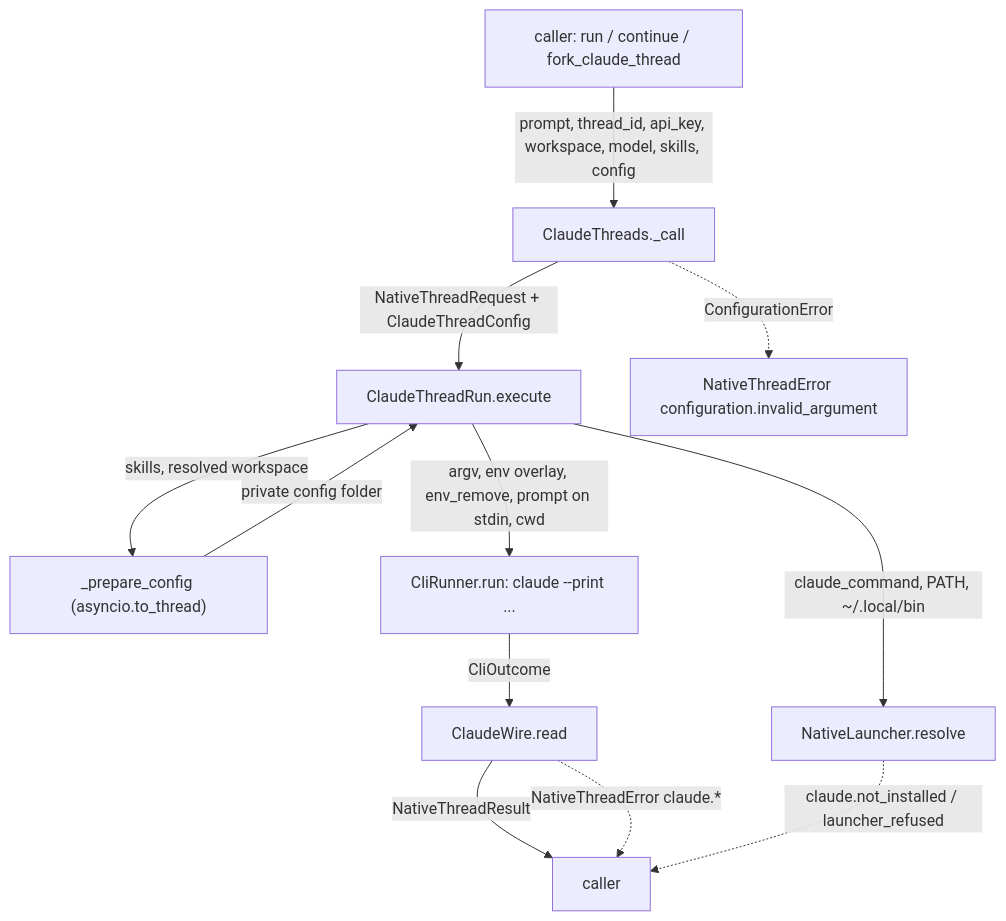
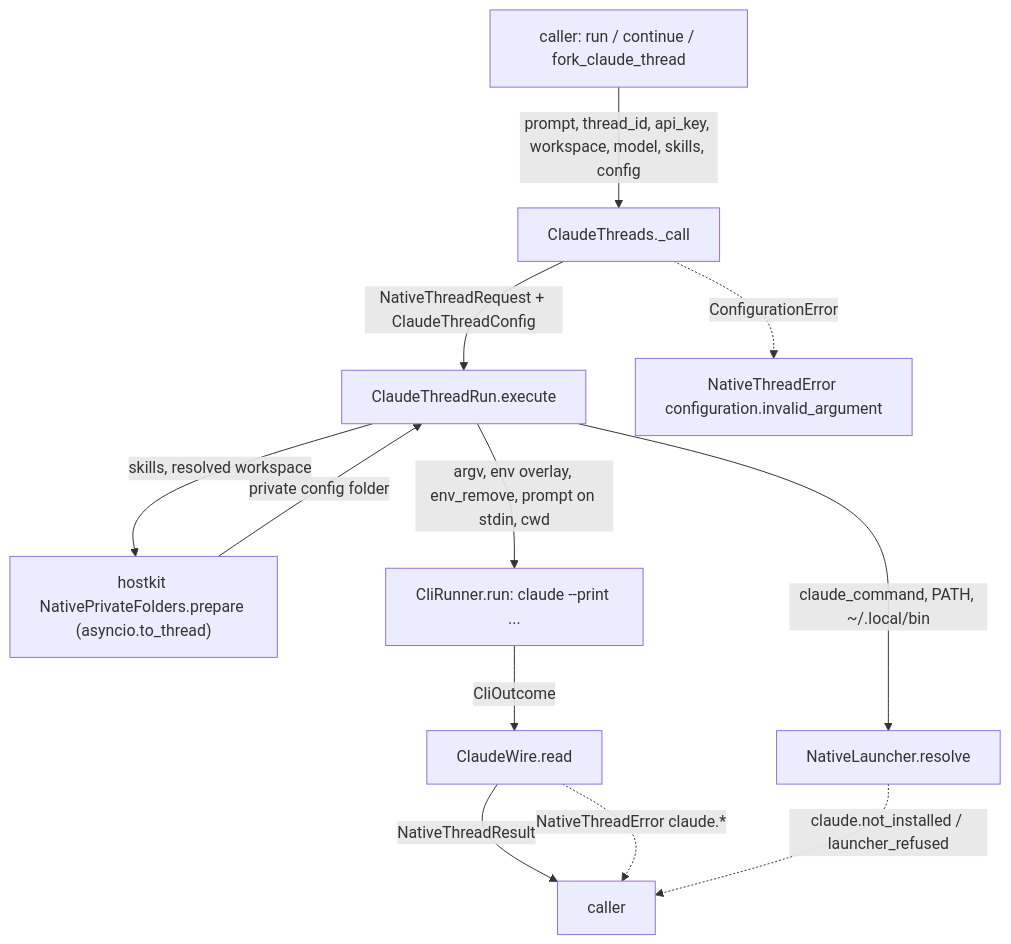
One commit to cerredz/Vidbyte-SDK changed the first of 2 diagrams in docs/spec/claude-thread-functions/spec.md. Above: the diagram before and after it, drawn with Mermaid. The commit also changed other lines of this file, not shown here.

Commit message:
docs(spec): revise claude-thread-functions spec r2 (review round 1: R-1…R-11)

````diff
--- a/docs/spec/claude-thread-functions/spec.md
+++ b/docs/spec/claude-thread-functions/spec.md
@@ -102,14 +103,14 @@
 ```mermaid
 flowchart TD
   A["caller: run / continue / fork_claude_thread"] -->|"prompt, thread_id, api_key, workspace, model, skills, config"| B["ClaudeThreads._call"]
   B -->|"NativeThreadRequest + ClaudeThreadConfig"| C["ClaudeThreadRun.execute"]
   B -.->|"ConfigurationError"| X["NativeThreadError configuration.invalid_argument"]
   C -->|"claude_command, PATH, ~/.local/bin"| D["NativeLauncher.resolve"]
-  C -->|"skills, resolved workspace"| E["_prepare_config (asyncio.to_thread)"]
+  C -->|"skills, resolved workspace"| E["hostkit NativePrivateFolders.prepare (asyncio.to_thread)"]
   E -->|"private config folder"| C
   C -->|"argv, env overlay, env_remove, prompt on stdin, cwd"| F["CliRunner.run: claude --print ..."]
   F -->|"CliOutcome"| G["ClaudeWire.read"]
   G -->|"NativeThreadResult"| R["caller"]
   G -.->|"NativeThreadError claude.*"| R
   D -.->|"claude.not_installed / launcher_refused"| R
 ```
````
